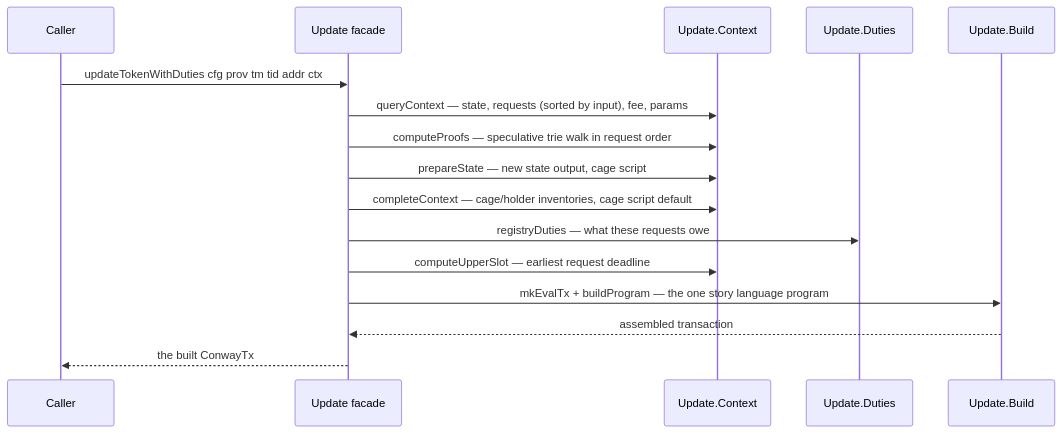
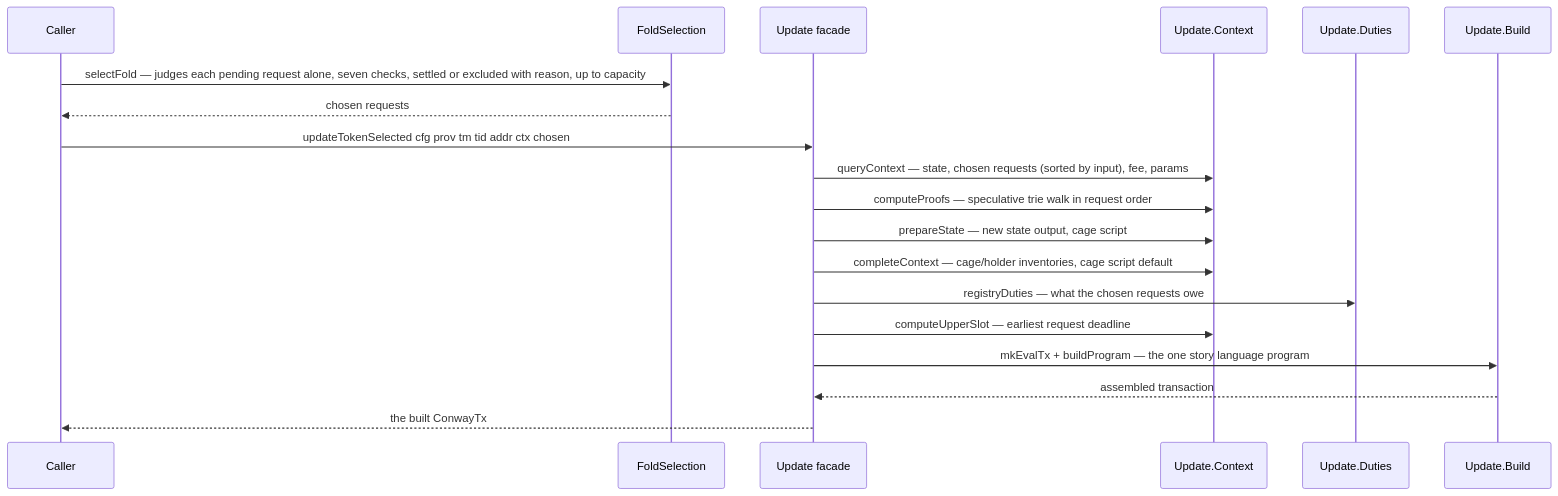
The second of 2 diagrams in docs/offchain-fold-responsibilities.md (lambdasistemi/singular), drawn with Mermaid before and after one commit. The commit also changed other lines of this file and 5 other files, not shown here.

````diff
--- a/docs/offchain-fold-responsibilities.md
+++ b/docs/offchain-fold-responsibilities.md
@@ -99,18 +106,21 @@
 ```mermaid
 sequenceDiagram
     participant Caller
+    participant Sel as FoldSelection
     participant Facade as Update facade
     participant Ctx as Update.Context
     participant Dut as Update.Duties
     participant Bld as Update.Build
-    Caller->>Facade: updateTokenWithDuties cfg prov tm tid addr ctx
-    Facade->>Ctx: queryContext — state, requests (sorted by input), fee, params
+    Caller->>Sel: selectFold — judges each pending request alone, seven checks, settled or excluded with reason, up to capacity
+    Sel-->>Caller: chosen requests
+    Caller->>Facade: updateTokenSelected cfg prov tm tid addr ctx chosen
+    Facade->>Ctx: queryContext — state, chosen requests (sorted by input), fee, params
     Facade->>Ctx: computeProofs — speculative trie walk in request order
     Facade->>Ctx: prepareState — new state output, cage script
     Facade->>Ctx: completeContext — cage/holder inventories, cage script default
-    Facade->>Dut: registryDuties — what these requests owe
+    Facade->>Dut: registryDuties — what the chosen requests owe
     Facade->>Ctx: computeUpperSlot — earliest request deadline
     Facade->>Bld: mkEvalTx + buildProgram — the one story language program
     Bld-->>Facade: assembled transaction
     Facade-->>Caller: the built ConwayTx
 ```
````
